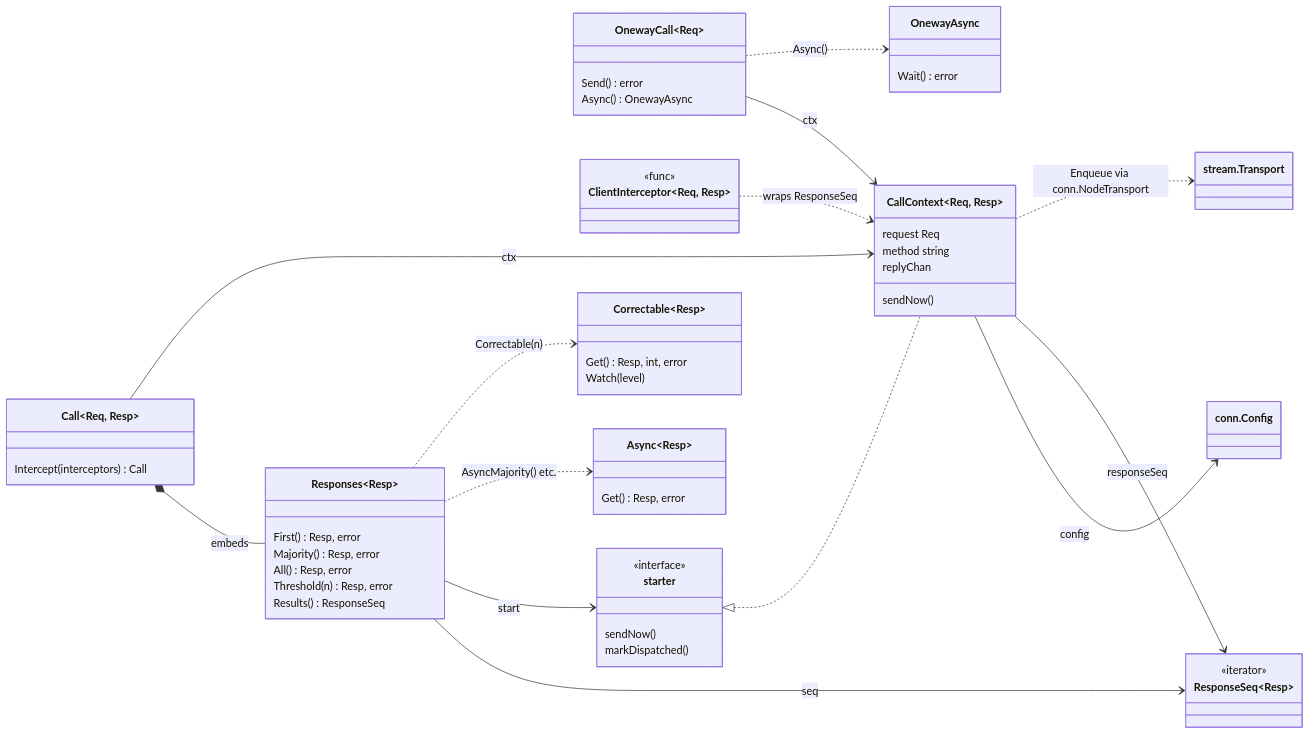
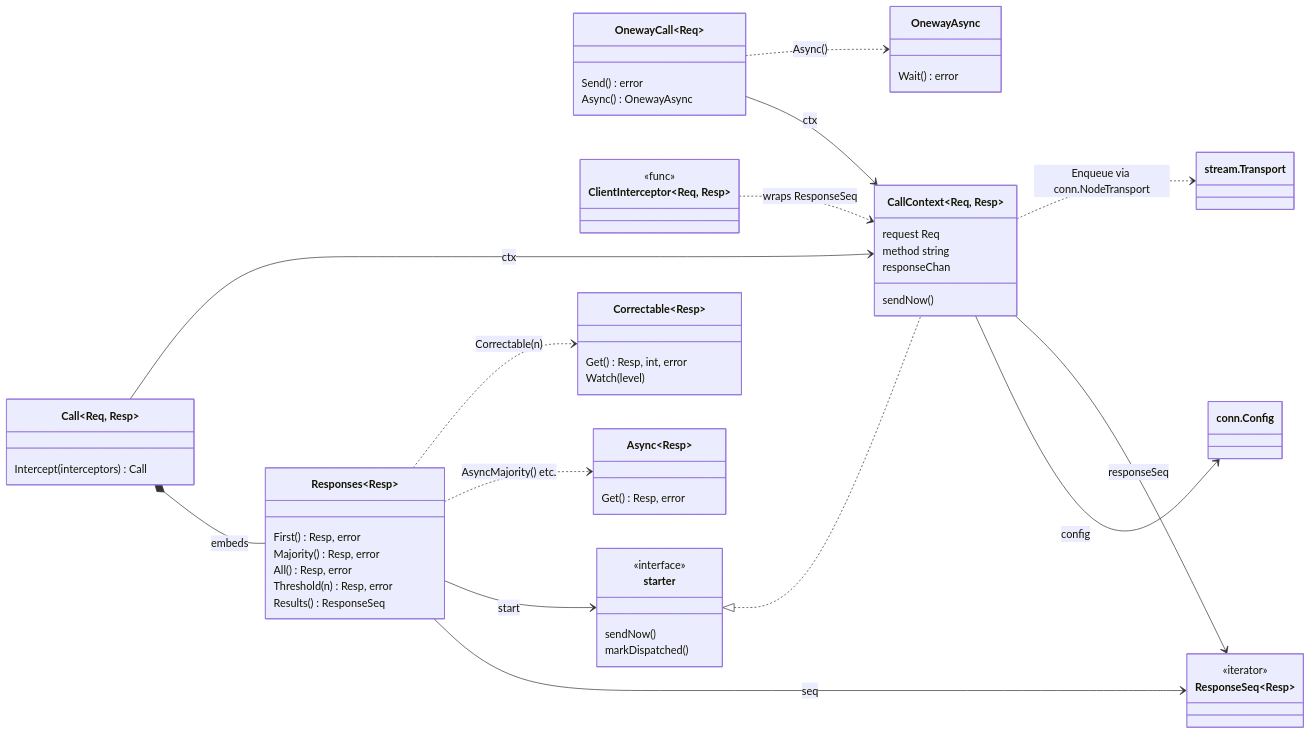
One commit to relab/gorums changed the fifth of 8 diagrams in doc/dev-guide.md. Above: the diagram before and after it, drawn with Mermaid. The commit also changed other lines of this file and 5 other files, not shown here.

First line of the commit message:
internal/impl: rename replyChan to responseChan

````diff
--- a/doc/dev-guide.md
+++ b/doc/dev-guide.md
@@ -332,61 +332,61 @@
 ```mermaid
 classDiagram
     direction LR
     class CallContext~Req, Resp~ {
         request Req
         method string
-        replyChan
+        responseChan
         sendNow()
     }
     class Call~Req, Resp~ {
         Intercept(interceptors) Call
     }
     class Responses~Resp~ {
         First() Resp, error
         Majority() Resp, error
         All() Resp, error
         Threshold(n) Resp, error
         Results() ResponseSeq
     }
     class OnewayCall~Req~ {
         Send() error
         Async() OnewayAsync
     }
     class OnewayAsync {
         Wait() error
     }
     class ResponseSeq~Resp~ {
         <<iterator>>
     }
     class ClientInterceptor~Req, Resp~ {
         <<func>>
     }
     class Async~Resp~ {
         Get() Resp, error
     }
     class Correctable~Resp~ {
         Get() Resp, int, error
         Watch(level)
     }
     class starter {
         <<interface>>
         sendNow()
         markDispatched()
     }
     class ConnConfig["conn.Config"]
     class StreamTransport["stream.Transport"]
 
     Call *-- Responses : embeds
     Call --> CallContext : ctx
     OnewayCall --> CallContext : ctx
     OnewayCall ..> OnewayAsync : Async()
     Responses --> ResponseSeq : seq
     Responses --> starter : start
     starter <|.. CallContext
     Responses ..> Async : AsyncMajority() etc.
     Responses ..> Correctable : Correctable(n)
     CallContext --> ConnConfig : config
     CallContext --> ResponseSeq : responseSeq
     ClientInterceptor ..> CallContext : wraps ResponseSeq
     CallContext ..> StreamTransport : Enqueue via conn.NodeTransport
 ```
````
